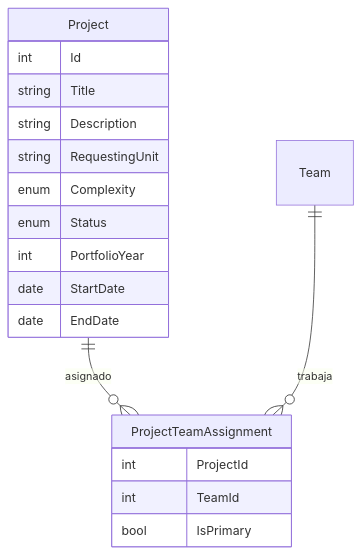
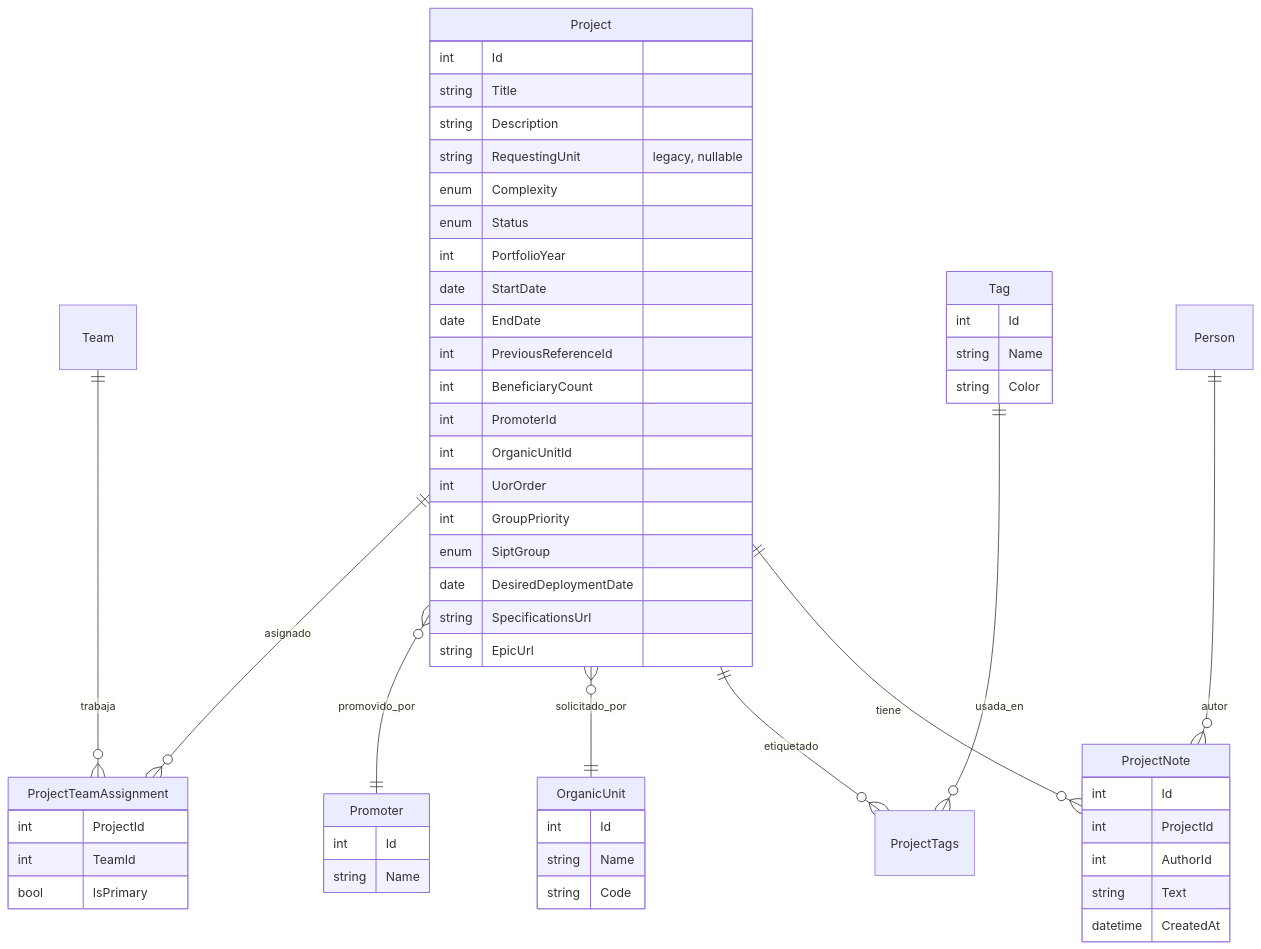
Before and after one commit to angellvl-umh/cartera-proyectos: the diagram in docs/03-gestion-proyectos.md, drawn with Mermaid. The commit also changed other lines of this file and 52 other files, not shown here.

````diff
--- a/docs/03-gestion-proyectos.md
+++ b/docs/03-gestion-proyectos.md
@@ -9,21 +9,58 @@
 ```mermaid
 erDiagram
     Project ||--o{ ProjectTeamAssignment : asignado
     Team ||--o{ ProjectTeamAssignment : trabaja
+    Project }o--|| Promoter : promovido_por
+    Project }o--|| OrganicUnit : solicitado_por
+    Project ||--o{ ProjectTags : etiquetado
+    Tag ||--o{ ProjectTags : usada_en
+    Project ||--o{ ProjectNote : tiene
+    Person ||--o{ ProjectNote : autor
     Project {
         int Id
         string Title
         string Description
-        string RequestingUnit
+        string RequestingUnit "legacy, nullable"
         enum Complexity
         enum Status
         int PortfolioYear
         date StartDate
         date EndDate
+        int PreviousReferenceId
+        int BeneficiaryCount
+        int PromoterId
+        int OrganicUnitId
+        int UorOrder
+        int GroupPriority
+        enum SiptGroup
+        date DesiredDeploymentDate
+        string SpecificationsUrl
+        string EpicUrl
+    }
+    Promoter {
+        int Id
+        string Name
+    }
+    OrganicUnit {
+        int Id
+        string Name
+        string Code
+    }
+    Tag {
+        int Id
+        string Name
+        string Color
+    }
+    ProjectNote {
+        int Id
+        int ProjectId
+        int AuthorId
+        string Text
+        datetime CreatedAt
     }
     ProjectTeamAssignment {
         int ProjectId
         int TeamId
         bool IsPrimary
     }
 ```
````
